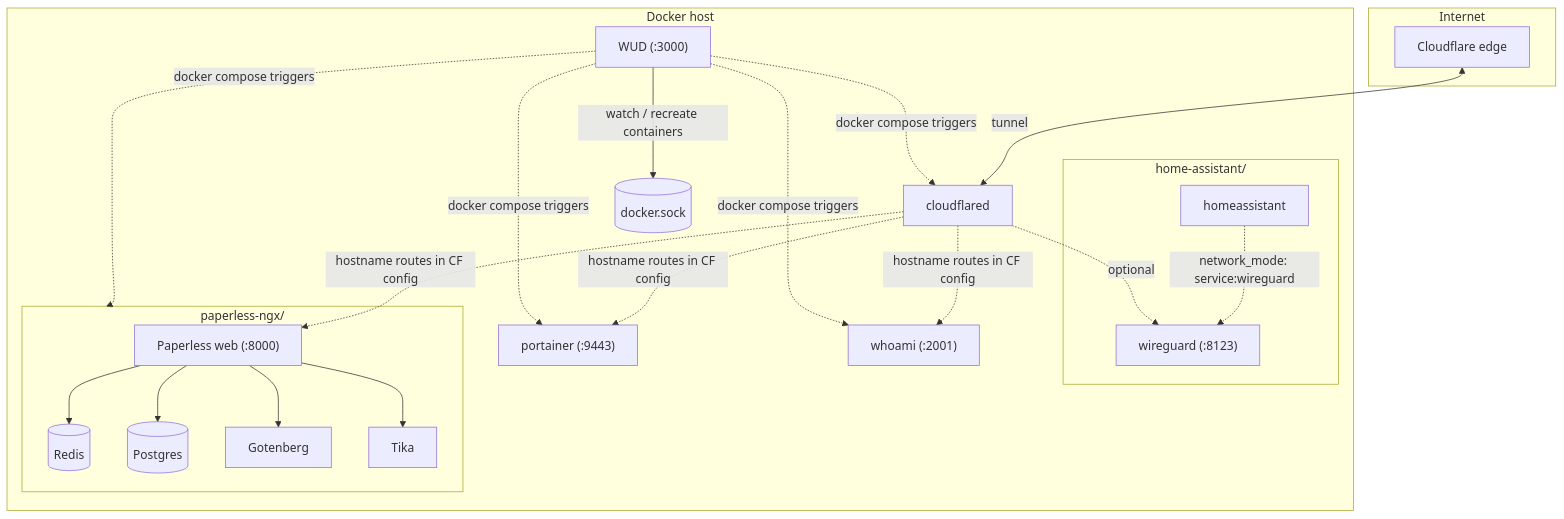
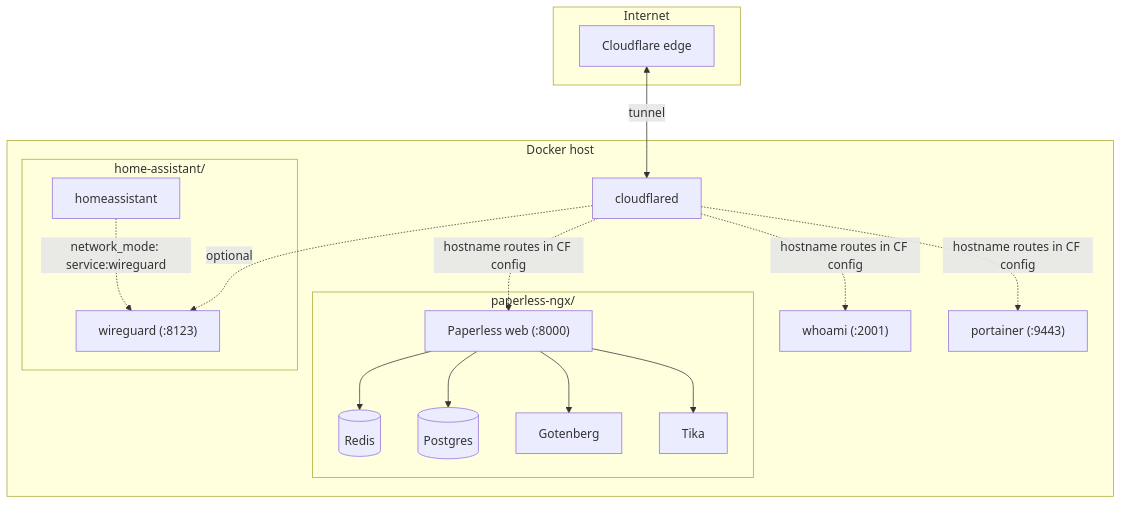
One commit to Pacome21/hetzner-docker changed the diagram in README.md. Above: the diagram before and after it, drawn with Mermaid. The commit also changed other lines of this file and 5 other files, not shown here.

````diff
--- a/README.md
+++ b/README.md
@@ -18,45 +17,37 @@
 ```mermaid
 flowchart TB
   subgraph internet["Internet"]
     CF[Cloudflare edge]
   end
 
   subgraph docker_host["Docker host"]
     cfd[cloudflared]
 
     subgraph stack_ha["home-assistant/"]
       wg["wireguard (:8123)"]
       hass[homeassistant]
     end
     hass -.->|network_mode: service:wireguard| wg
 
     subgraph stack_pn["paperless-ngx/"]
       pnw["Paperless web (:8000)"]
       pnr[(Redis)]
       pnd[(Postgres)]
       png[Gotenberg]
       pnt[Tika]
       pnw --> pnr
       pnw --> pnd
       pnw --> png
       pnw --> pnt
     end
 
     ptt["portainer (:9443)"]
     wh["whoami (:2001)"]
-    wud_node["WUD (:3000)"]
-    sock[(docker.sock)]
   end
 
   CF <-->|tunnel| cfd
   cfd -.->|hostname routes in CF config| pnw
   cfd -.->|hostname routes in CF config| wh
   cfd -.->|hostname routes in CF config| ptt
   cfd -.->|optional| wg
-
-  wud_node -->|watch / recreate containers| sock
-  wud_node -.->|docker compose triggers| cfd
-  wud_node -.->|docker compose triggers| stack_pn
-  wud_node -.->|docker compose triggers| ptt
-  wud_node -.->|docker compose triggers| wh
 ```
````
